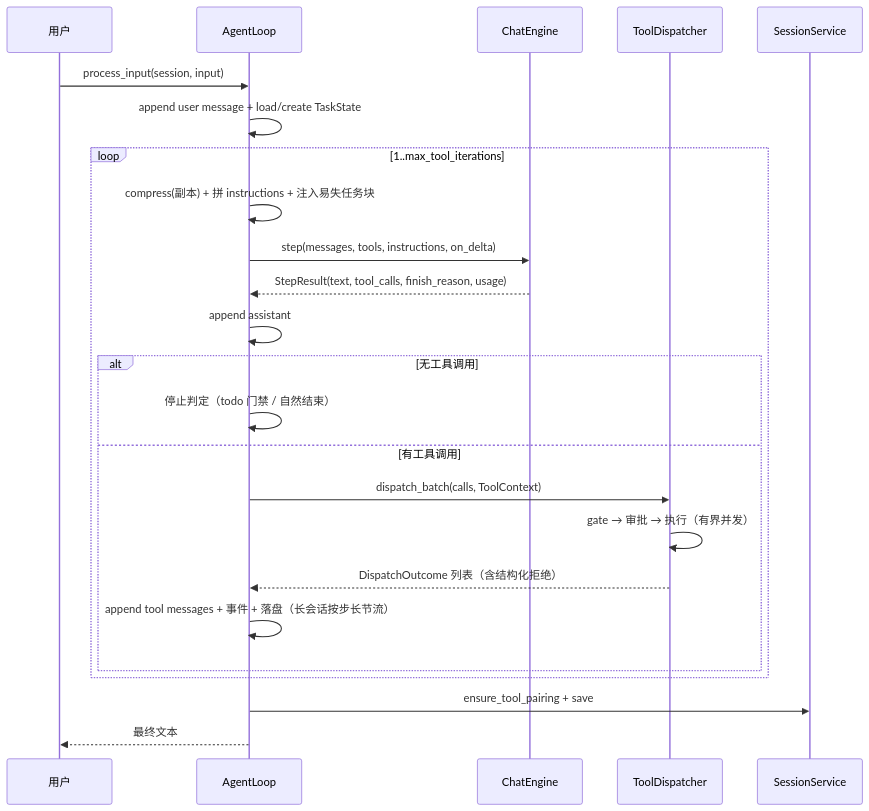
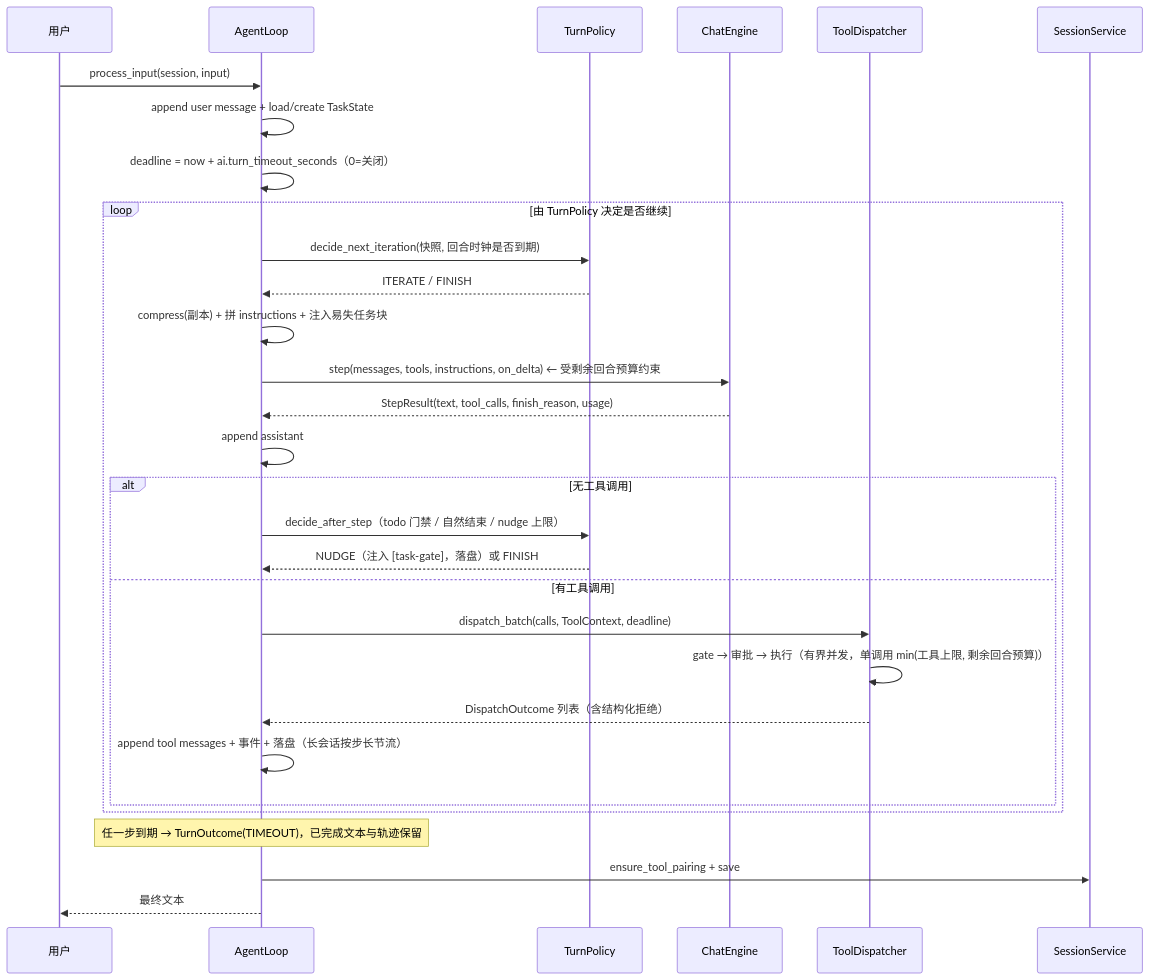
The diagram in docs/architecture.md (linsir2/ai-coding), drawn with Mermaid before and after one commit. The commit also changed other lines of this file and 6 other files, not shown here.

First line of the commit message:
docs(R2): the reliability close-out — root cause of the stuck tools, hard deadlines, the turn watchdog, bounded subprocess execution, the TurnPolicy split, a real MCP round trip, and the CI/environment matrix.

````diff
--- a/docs/architecture.md
+++ b/docs/architecture.md
@@ -88,27 +88,33 @@
 ```mermaid
 sequenceDiagram
     participant U as 用户
     participant L as AgentLoop
+    participant P as TurnPolicy
     participant E as ChatEngine
     participant D as ToolDispatcher
     participant S as SessionService
 
     U->>L: process_input(session, input)
     L->>L: append user message + load/create TaskState
-    loop 1..max_tool_iterations
+    L->>L: deadline = now + ai.turn_timeout_seconds（0=关闭）
+    loop 由 TurnPolicy 决定是否继续
+        L->>P: decide_next_iteration(快照, 回合时钟是否到期)
+        P-->>L: ITERATE / FINISH
         L->>L: compress(副本) + 拼 instructions + 注入易失任务块
-        L->>E: step(messages, tools, instructions, on_delta)
+        L->>E: step(messages, tools, instructions, on_delta)  ← 受剩余回合预算约束
         E-->>L: StepResult(text, tool_calls, finish_reason, usage)
         L->>L: append assistant
         alt 无工具调用
-            L->>L: 停止判定（todo 门禁 / 自然结束）
+            L->>P: decide_after_step（todo 门禁 / 自然结束 / nudge 上限）
+            P-->>L: NUDGE（注入 [task-gate]，落盘）或 FINISH
         else 有工具调用
-            L->>D: dispatch_batch(calls, ToolContext)
-            D->>D: gate → 审批 → 执行（有界并发）
+            L->>D: dispatch_batch(calls, ToolContext, deadline)
+            D->>D: gate → 审批 → 执行（有界并发，单调用 min(工具上限, 剩余回合预算)）
             D-->>L: DispatchOutcome 列表（含结构化拒绝）
             L->>L: append tool messages + 事件 + 落盘（长会话按步长节流）
         end
     end
+    Note over L: 任一步到期 → TurnOutcome(TIMEOUT)，已完成文本与轨迹保留
     L->>S: ensure_tool_pairing + save
     L-->>U: 最终文本
 ```
````
